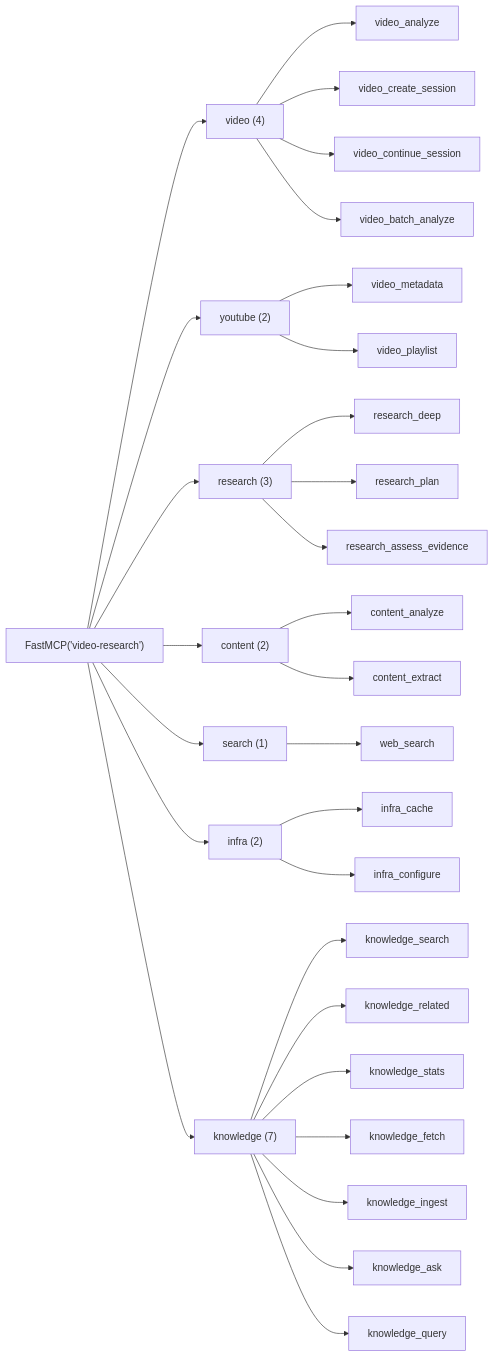
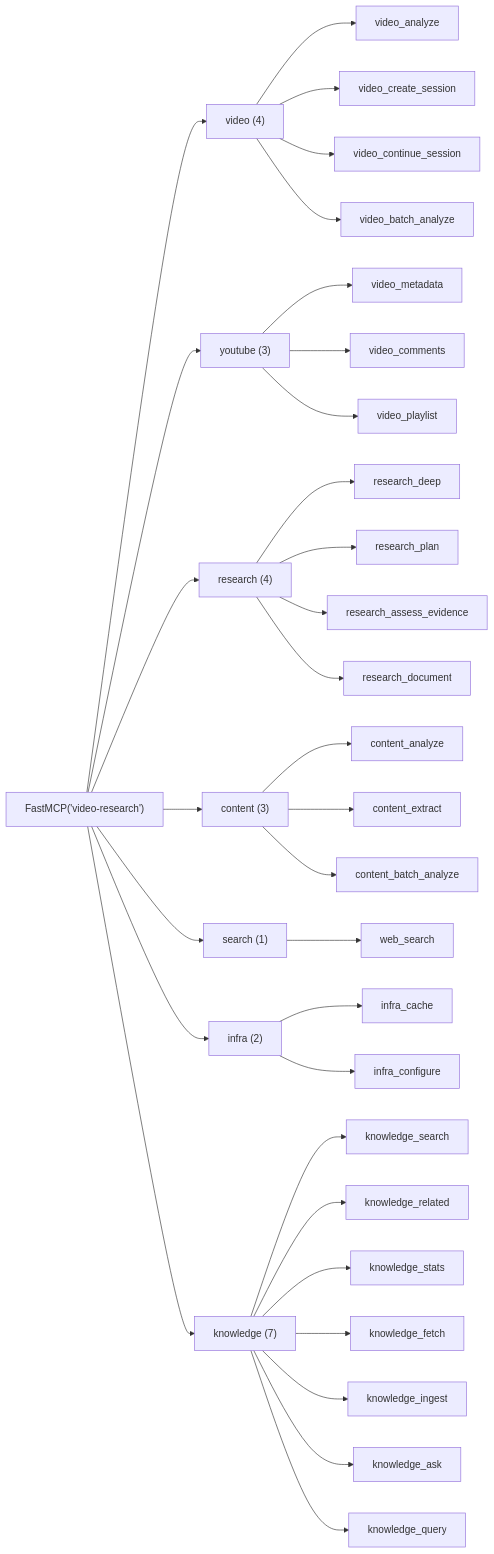
One commit to Galbaz1/gemini-research-mcp changed the fifth of 7 diagrams in docs/DATAFLOW.md. Above: the diagram before and after it, drawn with Mermaid. The commit also changed other lines of this file and 19 other files, not shown here.

````diff
--- a/docs/DATAFLOW.md
+++ b/docs/DATAFLOW.md
@@ -450,39 +466,42 @@
 ```mermaid
 graph LR
     Root["FastMCP('video-research')"]
     Root --> V["video (4)"]
-    Root --> YT["youtube (2)"]
-    Root --> R["research (3)"]
-    Root --> C["content (2)"]
+    Root --> YT["youtube (3)"]
+    Root --> R["research (4)"]
+    Root --> C["content (3)"]
     Root --> S["search (1)"]
     Root --> I["infra (2)"]
     Root --> K["knowledge (7)"]
 
     V --> va["video_analyze"]
     V --> vcs["video_create_session"]
     V --> vcs2["video_continue_session"]
     V --> vba["video_batch_analyze"]
 
     YT --> vm["video_metadata"]
+    YT --> vc["video_comments"]
     YT --> vp["video_playlist"]
 
     R --> rd["research_deep"]
     R --> rp["research_plan"]
     R --> rae["research_assess_evidence"]
+    R --> rdoc["research_document"]
 
     C --> ca["content_analyze"]
     C --> ce["content_extract"]
+    C --> cba["content_batch_analyze"]
 
     S --> ws["web_search"]
 
     I --> ic["infra_cache"]
     I --> ico["infra_configure"]
 
     K --> ks["knowledge_search"]
     K --> kr["knowledge_related"]
     K --> kst["knowledge_stats"]
     K --> kf["knowledge_fetch"]
     K --> ki["knowledge_ingest"]
     K --> ka["knowledge_ask"]
     K --> kq["knowledge_query"]
 ```
````
